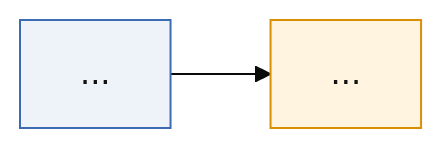
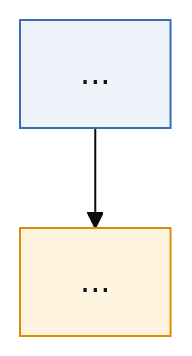
The diagram in templates/knowledge-card.md (xiachenfeng/openai-innovation-learning), drawn with Mermaid (base theme) before and after one commit. The commit also changed 28 other files, not shown here.

````diff
--- a/templates/knowledge-card.md
+++ b/templates/knowledge-card.md
@@ -38,9 +38,9 @@
 ```mermaid
-flowchart LR
+flowchart TB
   A[...]:::data --> B[...]:::model
   classDef data  fill:#EEF3FA,stroke:#3B6BB3,color:#111
   classDef model fill:#FFF4E0,stroke:#D98E04,color:#111
   classDef frozen fill:#F2F2F2,stroke:#888,color:#333,stroke-dasharray:4 3
   classDef loss  fill:#FDECEC,stroke:#C0392B,color:#111
   classDef human fill:#EAF7EE,stroke:#2E8B57,color:#111
 ```
````
